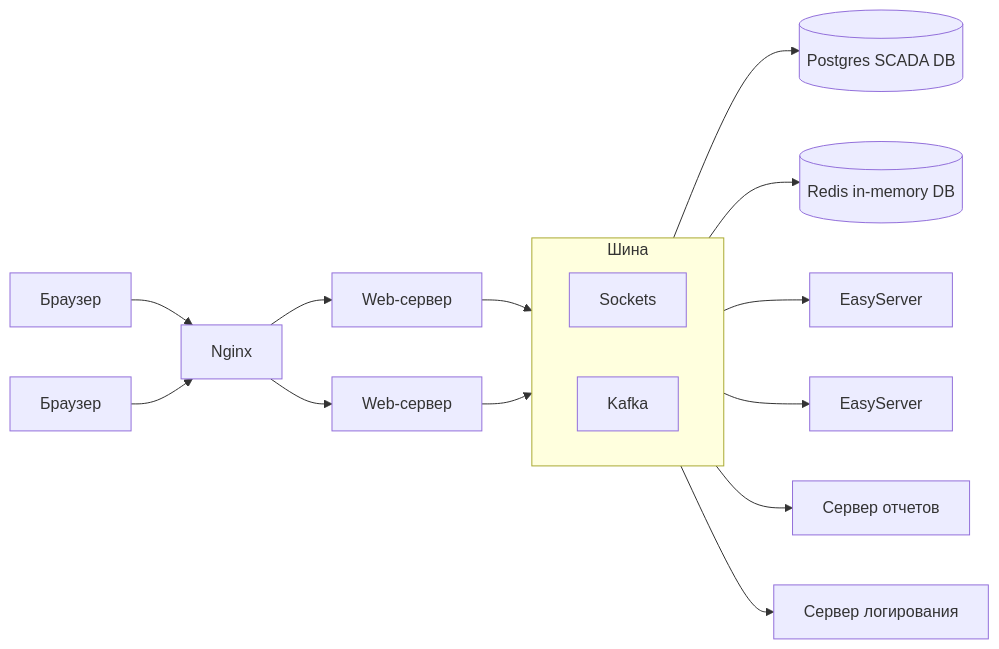
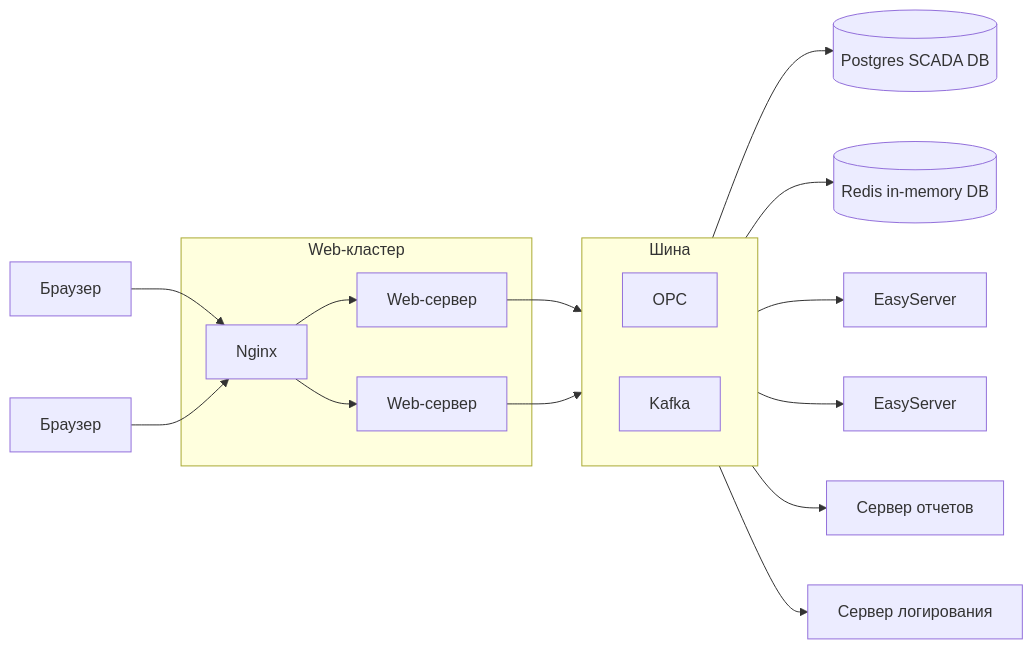
The diagram in README.md (savushkin-r-d/SHnAPCS), drawn with Mermaid before and after one commit.

````diff
--- a/README.md
+++ b/README.md
@@ -12,23 +12,25 @@
 ```mermaid
 flowchart LR
   B1[Браузер] --> N[Nginx]
   B2[Браузер] --> N
+  subgraph Web-кластер
   N --> A1[Web-сервер]
   N --> A2[Web-сервер]
+  end
   A1 --> Шина
   A2 --> Шина
   Шина --> P[(Postgres SCADA DB)]
   Шина --> R[(Redis in-memory DB)]
   Шина --> E1[EasyServer]
   Шина --> E2[EasyServer]
   Шина --> O[Сервер отчетов]
   Шина --> L[Сервер логирования]
 
 subgraph Шина
   direction LR
-  S[Sockets]
+  S[OPC]
   K[Kafka]
 end
 
 
 ```
````
